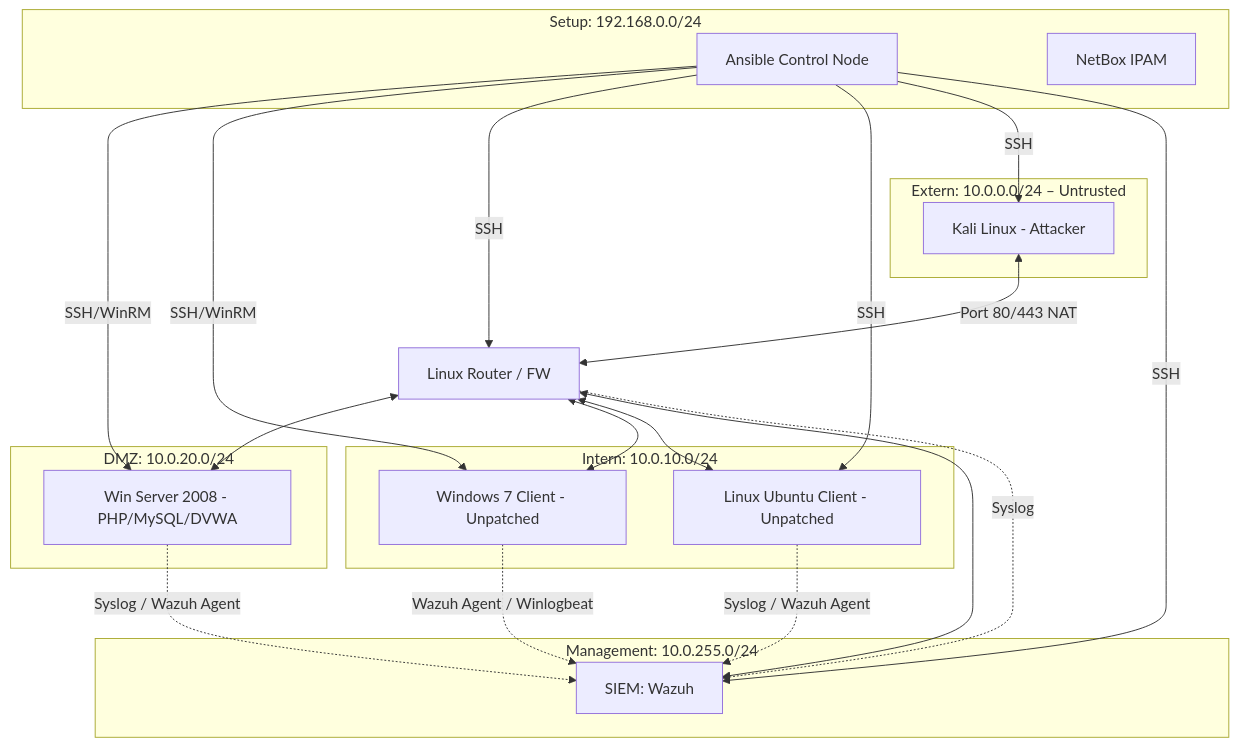
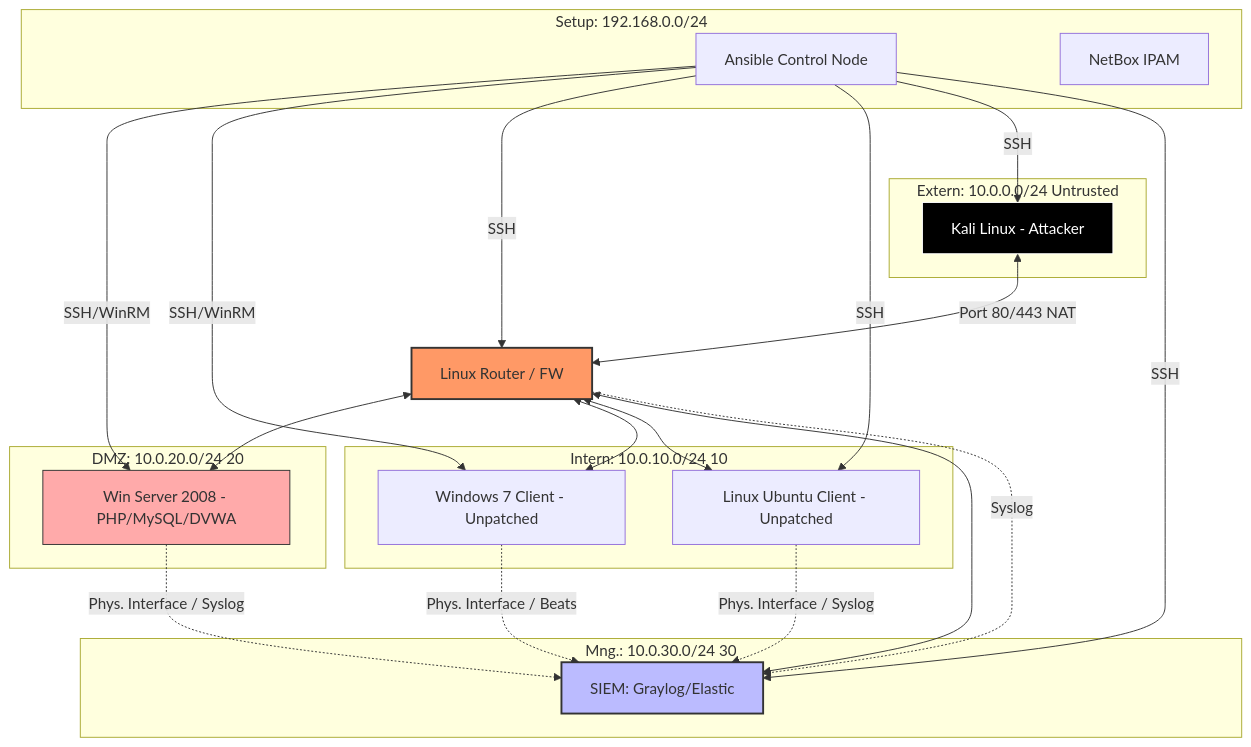
Before and after one commit to MByteBender/security_lab: the diagram in docu/deliverable_session2.md, drawn with Mermaid. The commit also changed other lines of this file, not shown here.

````diff
--- a/docu/deliverable_session2.md
+++ b/docu/deliverable_session2.md
@@ -9,44 +11,55 @@
 ```mermaid
+%% Use the following code in mermaid.live to get the architecture diagram
+
 graph TD
-    subgraph Internet_Untrusted [Extern: 10.0.0.0/24 – Untrusted]
+    subgraph Internet_Untrusted [Extern: 10.0.0.0/24 Untrusted]
         Kali[Kali Linux - Attacker]
     end
 
     Router[Linux Router / FW]
 
-    subgraph DMZ_Zone [DMZ: 10.0.20.0/24]
+    subgraph DMZ_Zone [DMZ: 10.0.20.0/24 20]
         Webserver[Win Server 2008 - PHP/MySQL/DVWA]
     end
 
-    subgraph LAN_Zone [Intern: 10.0.10.0/24]
+    subgraph LAN_Zone [Intern: 10.0.10.0/24 10]
         Win7[Windows 7 Client - Unpatched]
         UbuntuDesktop[Linux Ubuntu Client - Unpatched]
     end
 
-    subgraph SIEM_Zone [Management: 10.0.255.0/24]
-        SIEM[SIEM: Wazuh]
+    subgraph SIEM_Zone [Mng.: 10.0.30.0/24 30]
+        SIEM[SIEM: Graylog/Elastic]
     end
 
     subgraph Configuration [Setup: 192.168.0.0/24]
         Ansible[Ansible Control Node]
         NetBox[NetBox IPAM]
     end
 
+    %% Router Connections
     Kali <-->|Port 80/443 NAT| Router
     Router <--> Webserver
     Router <--> Win7
     Router <--> UbuntuDesktop
     Router <--> SIEM
 
+    %% Management / Provisioning
     Ansible -->|SSH/WinRM| Webserver
     Ansible -->|SSH/WinRM| Win7
     Ansible -->|SSH| Router
     Ansible -->|SSH| UbuntuDesktop
     Ansible -->|SSH| Kali
     Ansible -->|SSH| SIEM
 
-    Webserver -.->|Syslog / Wazuh Agent| SIEM
-    Win7 -.->|Wazuh Agent / Winlogbeat| SIEM
-    UbuntuDesktop -.->|Syslog / Wazuh Agent| SIEM
+    %% Multi-homed Interfaces & Logging
+    Webserver -.->|Phys. Interface / Syslog| SIEM
+    Win7 -.->|Phys. Interface / Beats| SIEM
+    UbuntuDesktop -.->|Phys. Interface / Syslog| SIEM
     Router -.->|Syslog| SIEM
+
+    %% Styling
+    style Router fill:#f96,stroke:#333,stroke-width:2px
+    style SIEM fill:#bbf,stroke:#333,stroke-width:2px
+    style Webserver fill:#faa,stroke:#333
+    style Kali fill:#000,stroke:#fff,color:#fff
 ```
````
